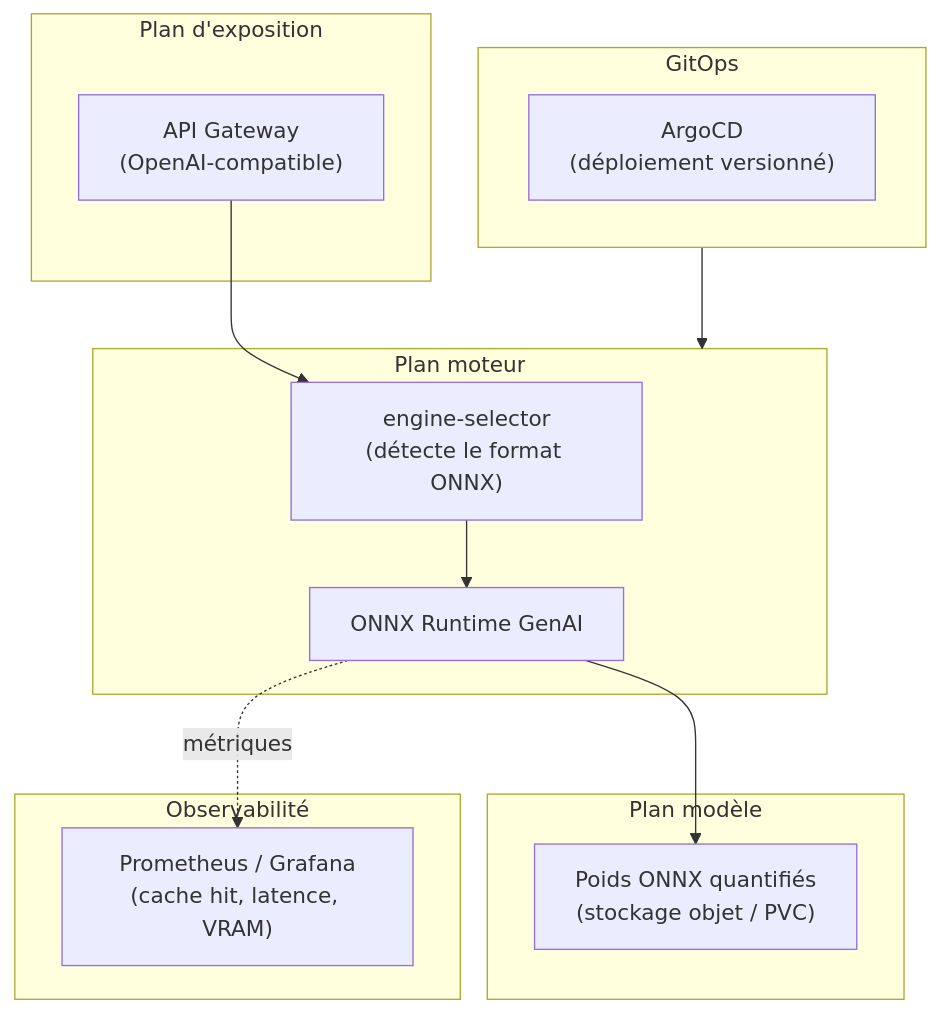
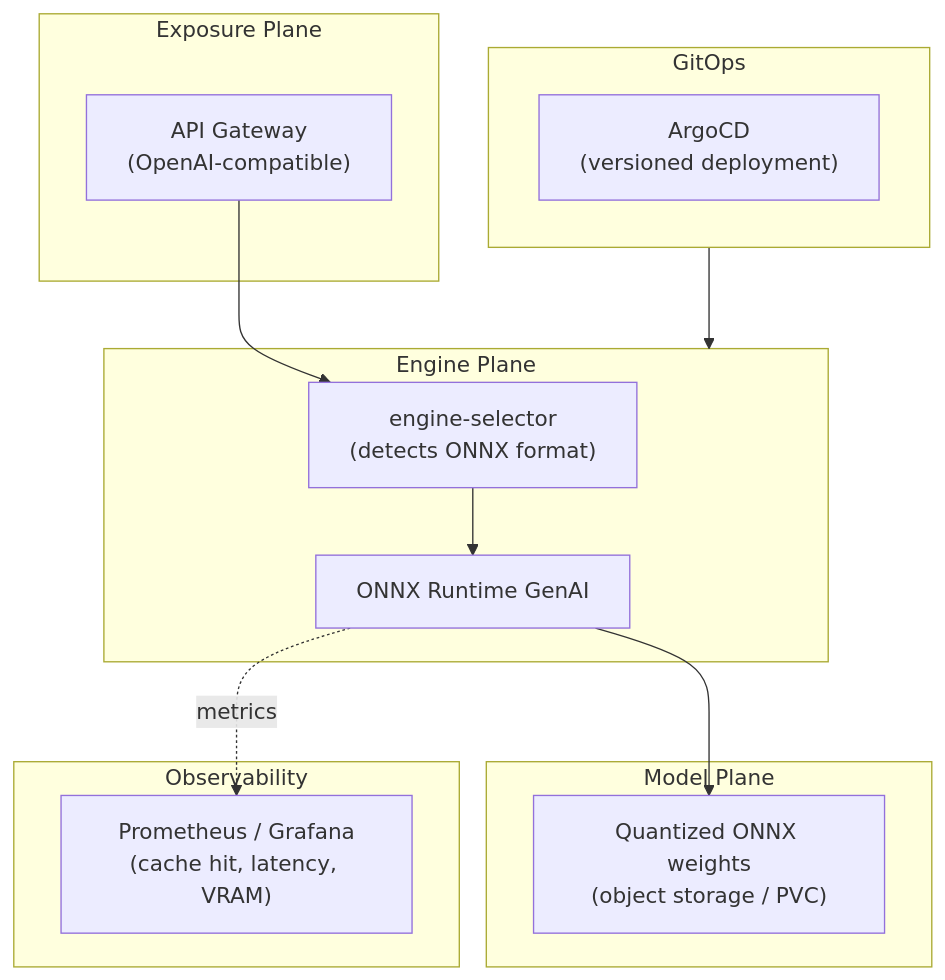
Before and after one commit to ADORSYS-GIS/Custom-Ai-Ops: the sixth of 6 diagrams in docs/explain/onnx.md, drawn with Mermaid. The commit also changed other lines of this file, not shown here.

````diff
--- a/docs/explain/onnx.md
+++ b/docs/explain/onnx.md
@@ -411,22 +411,22 @@
 ```mermaid
 flowchart TB
-    subgraph EXPO["Plan d'exposition"]
+    subgraph EXPO["Exposure Plane"]
         GW["API Gateway\n(OpenAI-compatible)"]
     end
-    subgraph ENGINE["Plan moteur"]
-        SEL["engine-selector\n(détecte le format ONNX)"]
+    subgraph ENGINE["Engine Plane"]
+        SEL["engine-selector\n(detects ONNX format)"]
         ORT["ONNX Runtime GenAI"]
     end
-    subgraph MODEL["Plan modèle"]
-        STORE["Poids ONNX quantifiés\n(stockage objet / PVC)"]
+    subgraph MODEL["Model Plane"]
+        STORE["Quantized ONNX weights\n(object storage / PVC)"]
     end
-    subgraph OBS["Observabilité"]
-        PROM["Prometheus / Grafana\n(cache hit, latence, VRAM)"]
+    subgraph OBS["Observability"]
+        PROM["Prometheus / Grafana\n(cache hit, latency, VRAM)"]
     end
     subgraph GITOPS["GitOps"]
-        ARGO["ArgoCD\n(déploiement versionné)"]
+        ARGO["ArgoCD\n(versioned deployment)"]
     end
     GW --> SEL --> ORT --> STORE
-    ORT -.métriques.-> PROM
+    ORT -.metrics.-> PROM
     GITOPS --> ENGINE
 ```
````
